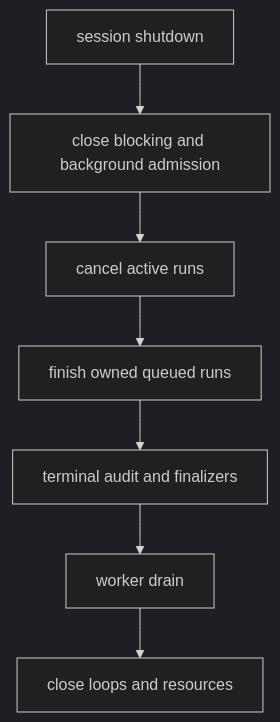
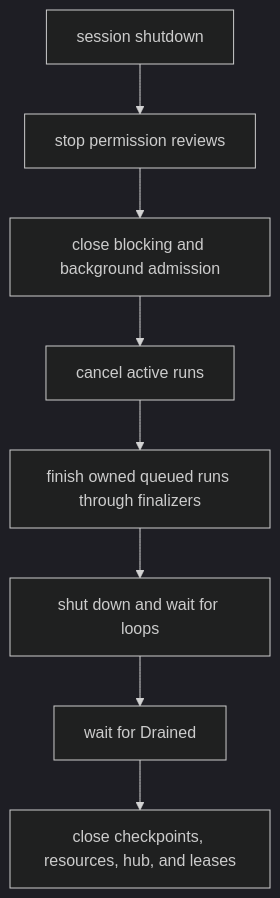
The diagram in docs/guides/harness/hustles/cancellation-and-shutdown.md (looprig/.github), drawn with Mermaid before and after one commit. The commit also changed other lines of this file and 412 other files, not shown here.

````diff
--- a/docs/guides/harness/hustles/cancellation-and-shutdown.md
+++ b/docs/guides/harness/hustles/cancellation-and-shutdown.md
@@ -46,10 +49,11 @@
 ```mermaid
 %%{init: {"theme":"dark"}}%%
 flowchart TD
-    S[session shutdown] --> C[close blocking and background admission]
+    S[session shutdown] --> P[stop permission reviews]
+    P --> C[close blocking and background admission]
     C --> X[cancel active runs]
-    X --> Q[finish owned queued runs]
-    Q --> F[terminal audit and finalizers]
-    F --> D[worker drain]
-    D --> R[close loops and resources]
+    X --> Q[finish owned queued runs through finalizers]
+    Q --> L[shut down and wait for loops]
+    L --> D[wait for Drained]
+    D --> R[close checkpoints, resources, hub, and leases]
 ```
````
